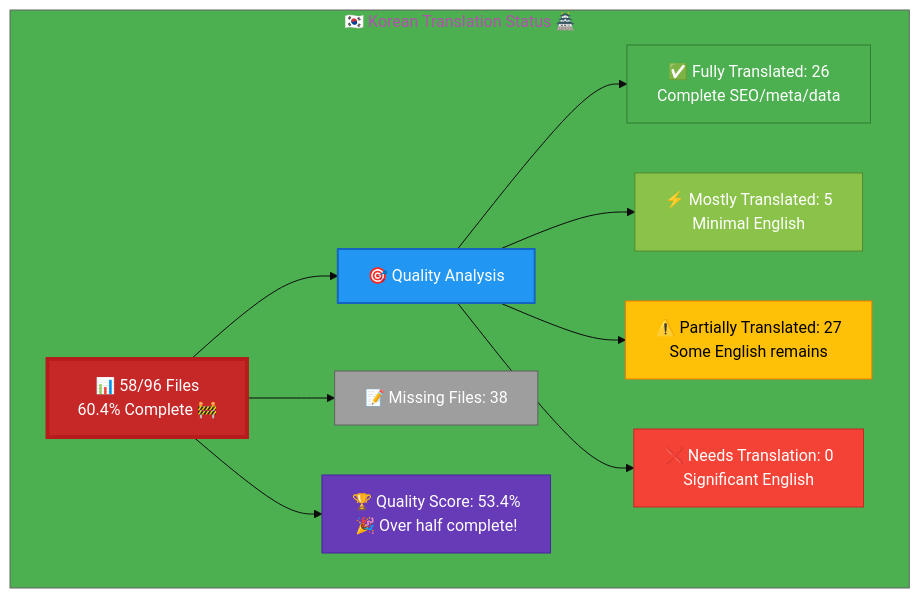
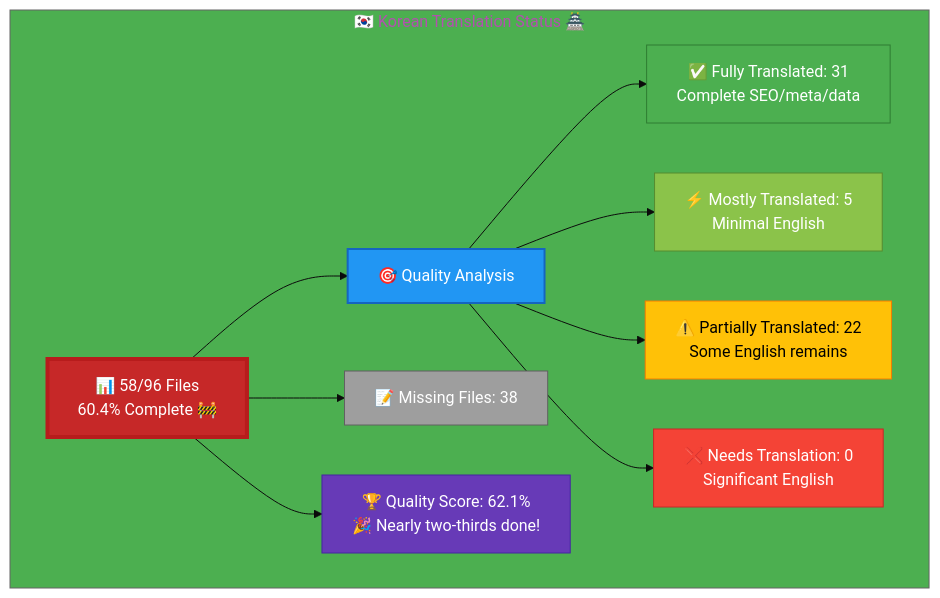
One commit to Hack23/homepage changed the diagram in Korean-Translation-Status.md. Above: the diagram before and after it, drawn with Mermaid. The commit also changed other lines of this file, not shown here.

Commit message:
Changes before error encountered

````diff
--- a/Korean-Translation-Status.md
+++ b/Korean-Translation-Status.md
@@ -12,26 +12,26 @@
 ```mermaid
 %%{init: {'theme':'base', 'themeVariables': {'primaryColor':'#C62828','secondaryColor':'#2196F3','tertiaryColor':'#4CAF50','fontSize':'16px'}}}%%
 graph TB
     subgraph "🇰🇷 Korean Translation Status 🏯"
         A["📊 58/96 Files<br/>60.4% Complete 🚧"]
         
         A --> B["🎯 Quality Analysis"]
-        B --> C["✅ Fully Translated: 26<br/>Complete SEO/meta/data"]
+        B --> C["✅ Fully Translated: 31<br/>Complete SEO/meta/data"]
         B --> D["⚡ Mostly Translated: 5<br/>Minimal English"]
-        B --> E["⚠️  Partially Translated: 27<br/>Some English remains"]
+        B --> E["⚠️  Partially Translated: 22<br/>Some English remains"]
         B --> F["❌ Needs Translation: 0<br/>Significant English"]
         
         A --> G["📝 Missing Files: 38"]
         
-        A --> H["🏆 Quality Score: 53.4%<br/>🎉 Over half complete!"]
+        A --> H["🏆 Quality Score: 62.1%<br/>🎉 Nearly two-thirds done!"]
         
         style A fill:#C62828,stroke:#B71C1C,color:#fff,stroke-width:4px
         style B fill:#2196F3,stroke:#1565C0,color:#fff,stroke-width:2px
         style C fill:#4CAF50,stroke:#2E7D32,color:#fff
         style D fill:#8BC34A,stroke:#558B2F,color:#fff
         style E fill:#FFC107,stroke:#F57C00,color:#000
         style F fill:#F44336,stroke:#C62828,color:#fff
         style G fill:#9E9E9E,stroke:#616161,color:#fff
         style H fill:#673AB7,stroke:#4527A0,color:#fff
     end
 ```
````
